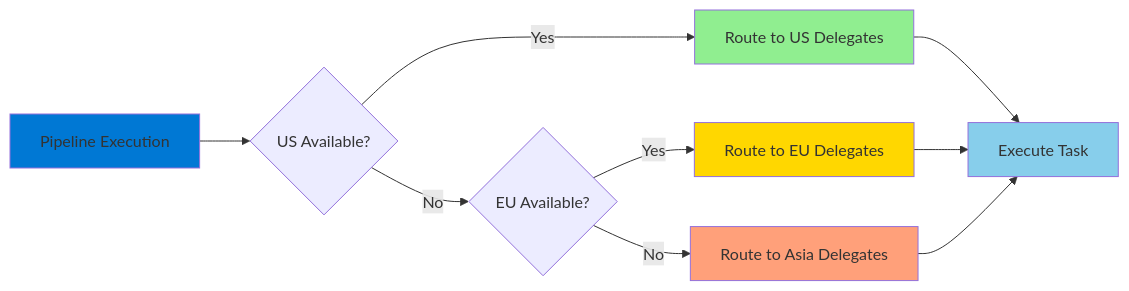
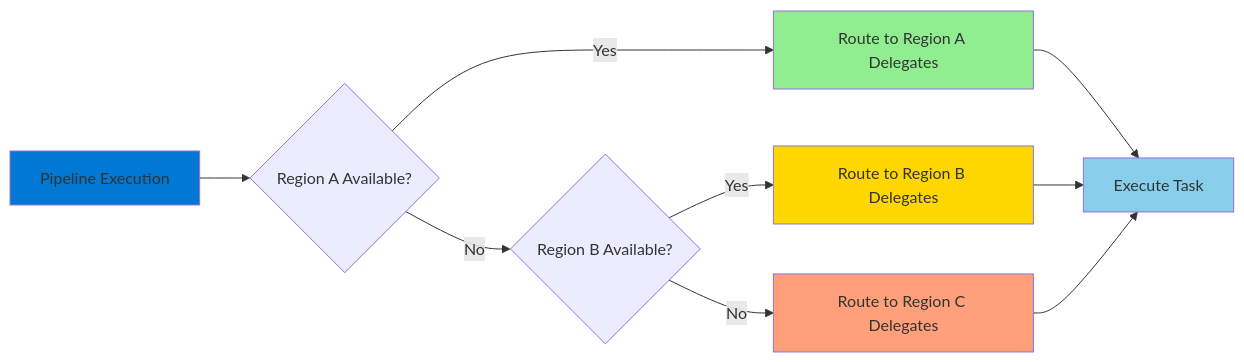
The third of 4 diagrams in docs/platform/delegates-v2/disaster-recovery-strategy.md (harness/developer-hub), drawn with Mermaid before and after one commit. The commit also changed other lines of this file, not shown here.

````diff
--- a/docs/platform/delegates-v2/disaster-recovery-strategy.md
+++ b/docs/platform/delegates-v2/disaster-recovery-strategy.md
@@ -225,18 +225,18 @@
 ```mermaid
 graph LR
-    A[Pipeline Execution] --> B{US Available?}
-    B -->|Yes| C[Route to US Delegates]
-    B -->|No| D{EU Available?}
-    D -->|Yes| E[Route to EU Delegates]
-    D -->|No| F[Route to Asia Delegates]
+    A[Pipeline Execution] --> B{Region A Available?}
+    B -->|Yes| C[Route to Region A Delegates]
+    B -->|No| D{Region B Available?}
+    D -->|Yes| E[Route to Region B Delegates]
+    D -->|No| F[Route to Region C Delegates]
     
     C --> G[Execute Task]
     E --> G
     F --> G
     
     style A fill:#0078D4
     style C fill:#90EE90
     style E fill:#FFD700
     style F fill:#FFA07A
     style G fill:#87CEEB
 ```
````
